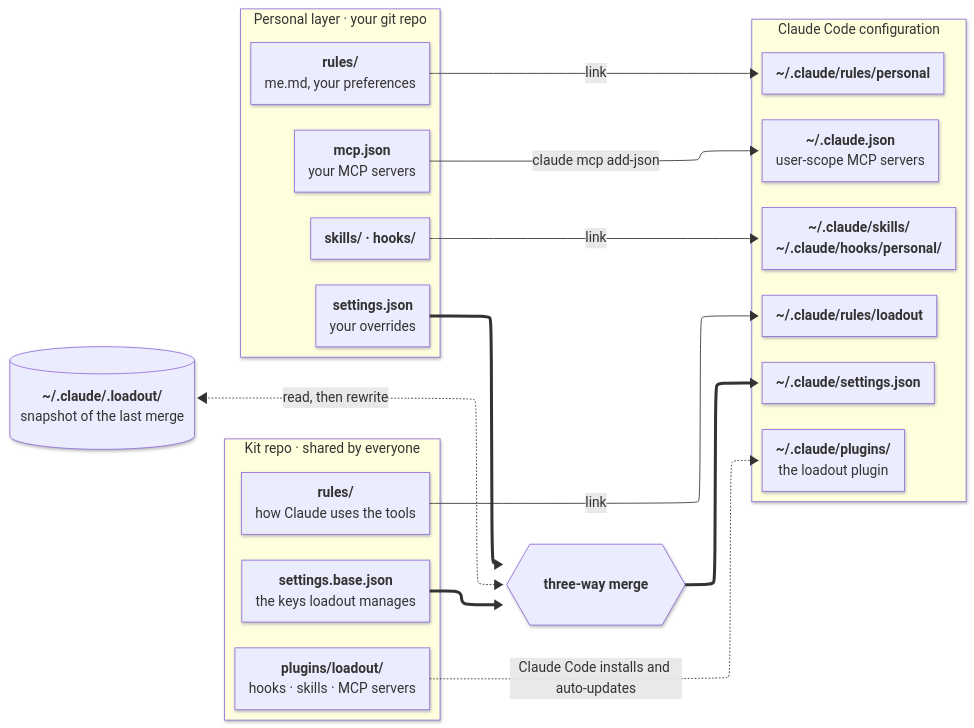
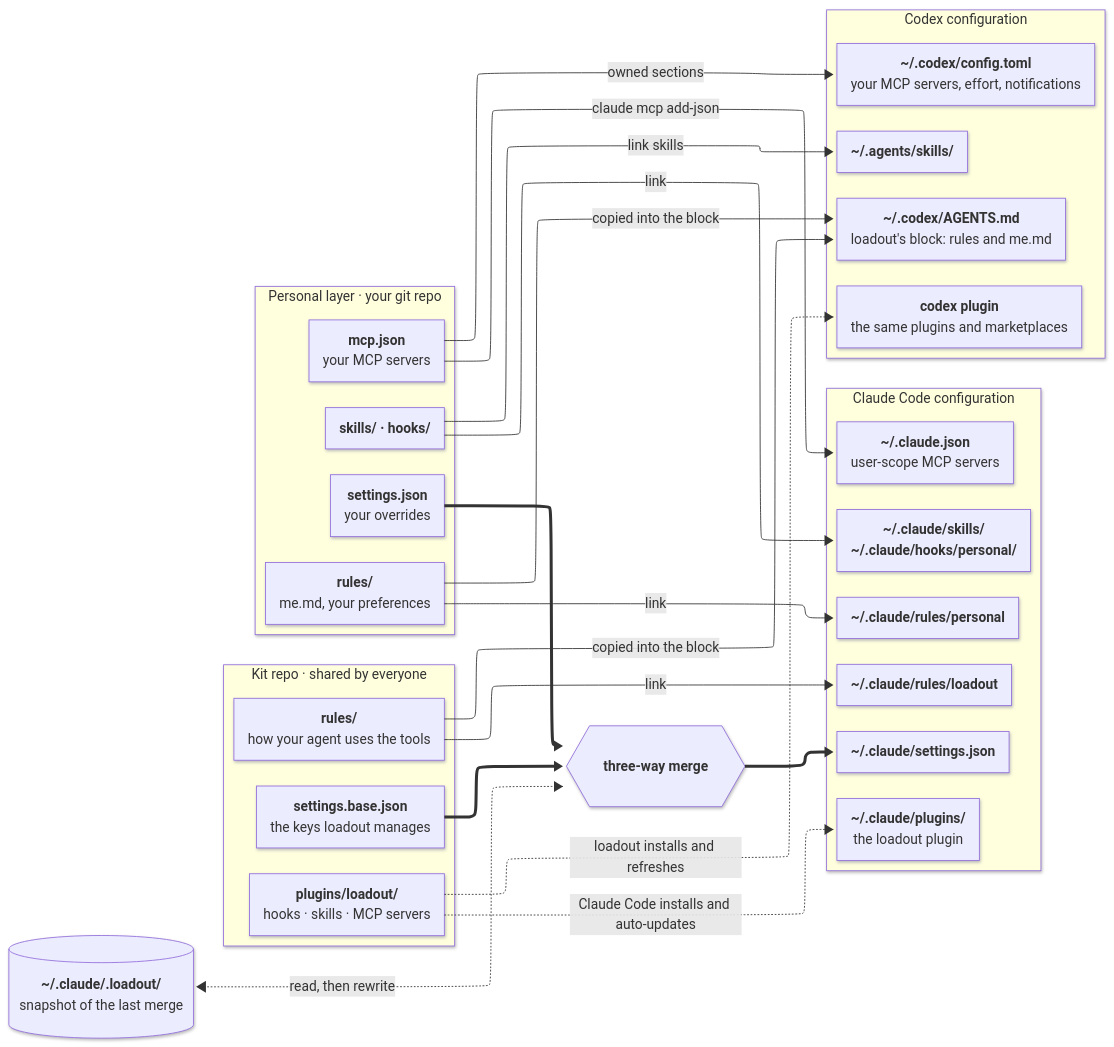
Before and after one commit to jonasyr/agent-loadout: the diagram in docs/diagrams/architecture-overview.mmd, drawn with Mermaid. The commit also changed 17 other files, not shown here.

Commit message:
docs(diagrams): show Codex next to Claude Code in the overview and the daily sync

```diff
--- a/docs/diagrams/architecture-overview.mmd
+++ b/docs/diagrams/architecture-overview.mmd
@@ -1,69 +1,87 @@
 ---
 config:
   look: neo
   layout: elk
   flowchart:
     curve: basis
     nodeSpacing: 24
     rankSpacing: 80
     wrappingWidth: 320
 ---
 flowchart LR
   subgraph KIT["Kit repo · shared by everyone"]
     direction TB
     kPlugin["`**plugins/loadout/**
     hooks · skills · MCP servers`"]
     kRules["`**rules/**
-    how Claude uses the tools`"]
+    how your agent uses the tools`"]
     kBase["`**settings.base.json**
     the keys loadout manages`"]
   end
 
   subgraph PER["Personal layer · your git repo"]
     direction TB
     pRules["`**rules/**
     me.md, your preferences`"]
     pSkills["`**skills/ · hooks/**`"]
     pSet["`**settings.json**
     your overrides`"]
     pMcp["`**mcp.json**
     your MCP servers`"]
   end
 
   merge{{"`**three-way merge**`"}}
   snap[("`**~/.claude/.loadout/**
   snapshot of the last merge`")]
 
   subgraph CC["Claude Code configuration"]
     direction TB
     cPlugin["`**~/.claude/plugins/**
     the loadout plugin`"]
     cRulesK["`**~/.claude/rules/loadout**`"]
     cRulesP["`**~/.claude/rules/personal**`"]
     cSkills["`**~/.claude/skills/**
     **~/.claude/hooks/personal/**`"]
     cSet["`**~/.claude/settings.json**`"]
     cMcp["`**~/.claude.json**
     user-scope MCP servers`"]
   end
 
+  subgraph CX["Codex configuration"]
+    direction TB
+    xPlugin["`**codex plugin**
+    the same plugins and marketplaces`"]
+    xAgents["`**~/.codex/AGENTS.md**
+    loadout's block: rules and me.md`"]
+    xConf["`**~/.codex/config.toml**
+    your MCP servers, effort, notifications`"]
+    xSkills["`**~/.agents/skills/**`"]
+  end
+
   kPlugin -. "Claude Code installs and auto-updates" .-> cPlugin
   kRules -- link --> cRulesK
   pRules -- link --> cRulesP
   pSkills -- link --> cSkills
   kBase e4@==> merge
   pSet e5@==> merge
   snap <-. "read, then rewrite" .-> merge
   merge e7@==> cSet
   pMcp -- "claude mcp add-json" --> cMcp
+  kPlugin -. "loadout installs and refreshes" .-> xPlugin
+  kRules -- "copied into the block" --> xAgents
+  pRules -- "copied into the block" --> xAgents
+  pSkills -- "link skills" --> xSkills
+  pMcp -- "owned sections" --> xConf
 
   class kPlugin,kRules,kBase kit
   class pRules,pSkills,pSet,pMcp personal
   class cPlugin,cRulesK,cRulesP,cSkills,cSet,cMcp claude
   class merge engine
   class snap state
   class KIT kitGroup
   class PER personalGroup
   class CC claudeGroup
+  class xPlugin,xAgents,xConf,xSkills codex
+  class CX codexGroup
   class e4,e5,e7 emph
 %% palette
```
